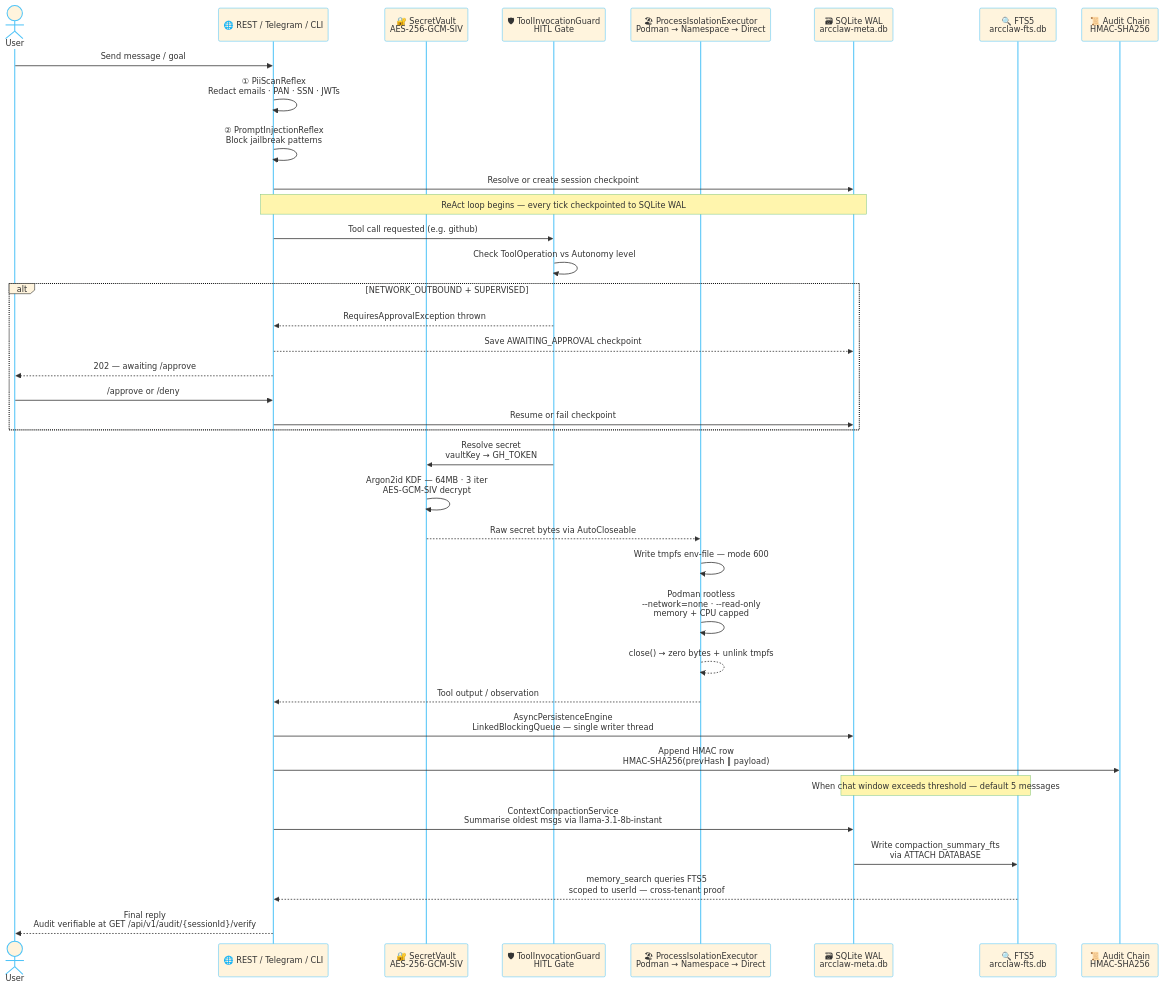
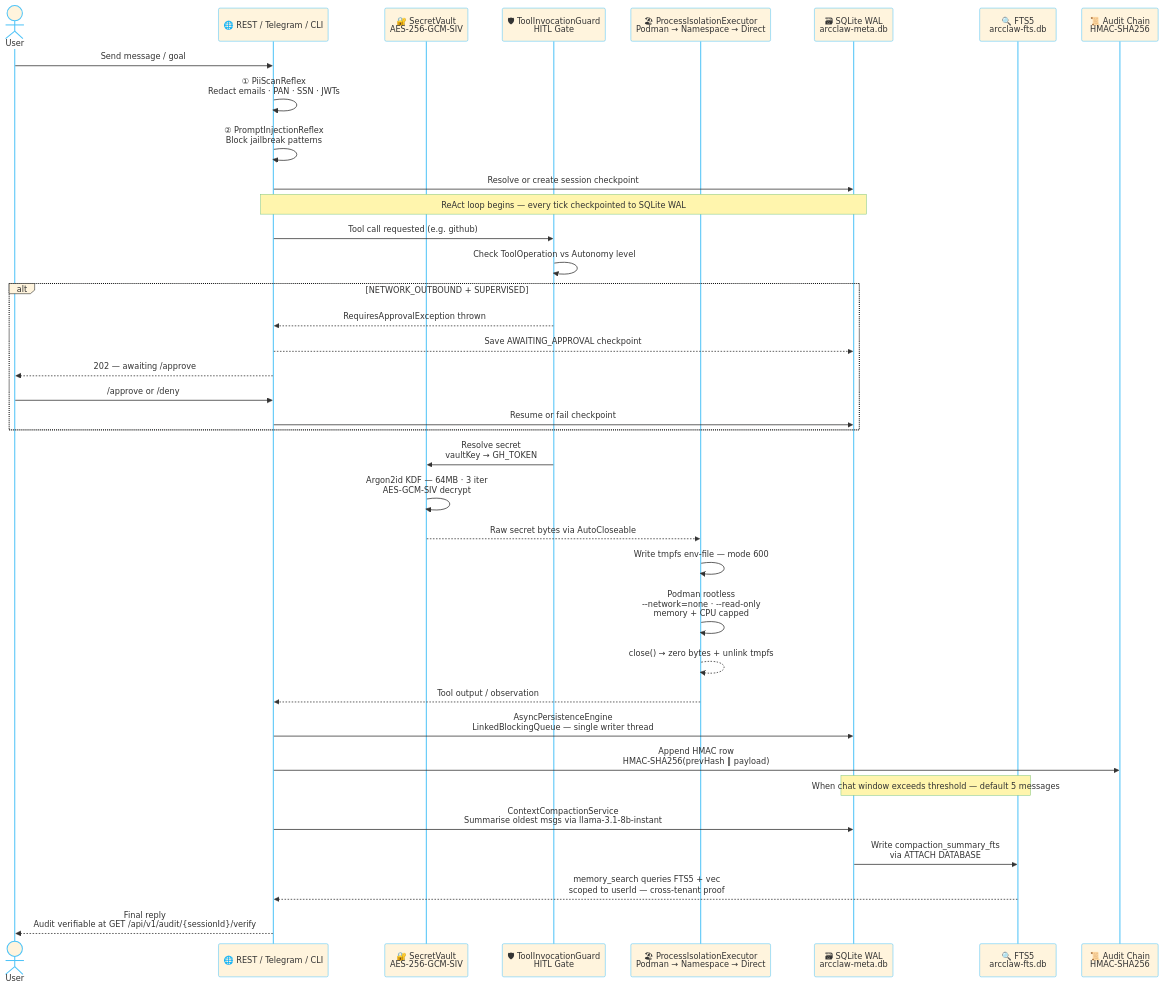
Before and after one commit to rsrini7/AmshaAgent: the seventh of 8 diagrams in README.md, drawn with Mermaid. The commit also changed other lines of this file and 4 other files, not shown here.

````diff
--- a/README.md
+++ b/README.md
@@ -643,50 +860,50 @@
 ```mermaid
 %%{init: {'theme': 'base', 'themeVariables': {'primaryBorderColor': '#4fc3f7', 'lineColor': '#4fc3f7', 'activationBorderColor': '#4fc3f7', 'actorBorder': '#4fc3f7', 'actorLineColor': '#4fc3f7','labelBoxBorderColor': '#0b0c0cff', 'noteBorderColor': '#81c784', 'fontSize': '13px'}}}%%
 sequenceDiagram
     actor User
     participant API as 🌐 REST / Telegram / CLI
     participant Vault as 🔐 SecretVault<br/>AES-256-GCM-SIV
     participant Guard as 🛡 ToolInvocationGuard<br/>HITL Gate
     participant Sandbox as 🏖 ProcessIsolationExecutor<br/>Podman → Namespace → Direct
     participant SQLite as 🗃 SQLite WAL<br/>arcclaw-meta.db
     participant FTS as 🔍 FTS5<br/>arcclaw-fts.db
     participant Audit as 📜 Audit Chain<br/>HMAC-SHA256
 
     User->>API: Send message / goal
     API->>API: ① PiiScanReflex<br/>Redact emails · PAN · SSN · JWTs
     API->>API: ② PromptInjectionReflex<br/>Block jailbreak patterns
     API->>SQLite: Resolve or create session checkpoint
 
     Note over API,SQLite: ReAct loop begins — every tick checkpointed to SQLite WAL
 
     API->>Guard: Tool call requested (e.g. github)
     Guard->>Guard: Check ToolOperation vs Autonomy level
 
     alt NETWORK_OUTBOUND + SUPERVISED
         Guard-->>API: RequiresApprovalException thrown
         API-->>SQLite: Save AWAITING_APPROVAL checkpoint
         API-->>User: 202 — awaiting /approve
         User->>API: /approve or /deny
         API->>SQLite: Resume or fail checkpoint
     end
 
     Guard->>Vault: Resolve secret<br/>vaultKey → GH_TOKEN
     Vault->>Vault: Argon2id KDF — 64MB · 3 iter<br/>AES-GCM-SIV decrypt
     Vault-->>Sandbox: Raw secret bytes via AutoCloseable
 
     Sandbox->>Sandbox: Write tmpfs env-file — mode 600
     Sandbox->>Sandbox: Podman rootless<br/>--network=none · --read-only<br/>memory + CPU capped
     Sandbox-->>Sandbox: close() → zero bytes + unlink tmpfs
 
     Sandbox-->>API: Tool output / observation
     API->>SQLite: AsyncPersistenceEngine<br/>LinkedBlockingQueue — single writer thread
     API->>Audit: Append HMAC row<br/>HMAC-SHA256(prevHash ‖ payload)
 
     Note over SQLite,FTS: When chat window exceeds threshold — default 5 messages
 
     API->>SQLite: ContextCompactionService<br/>Summarise oldest msgs via llama-3.1-8b-instant
     SQLite->>FTS: Write compaction_summary_fts<br/>via ATTACH DATABASE
-    FTS-->>API: memory_search queries FTS5<br/>scoped to userId — cross-tenant proof
+    FTS-->>API: memory_search queries FTS5 + vec<br/>scoped to userId — cross-tenant proof
 
     API-->>User: Final reply<br/>Audit verifiable at GET /api/v1/audit/{sessionId}/verify
 ```
````
